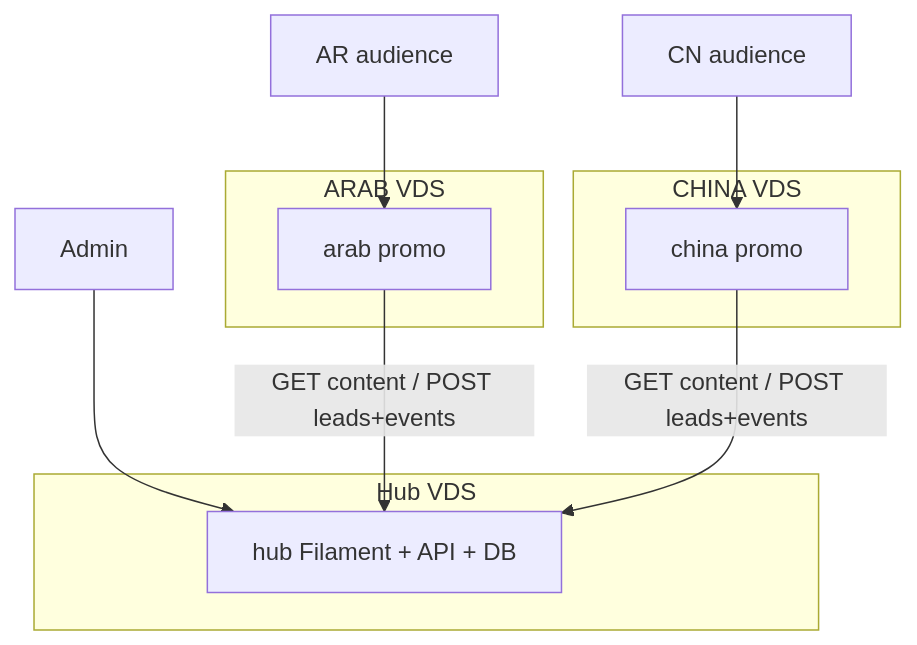
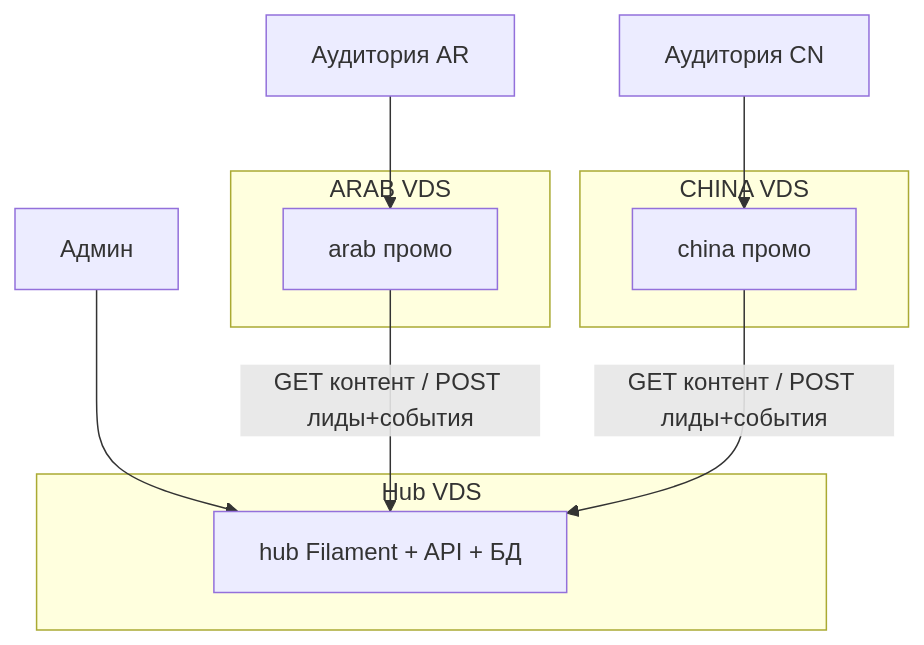
Before and after one commit to Kirill-B2019/gamimed-promo: the diagram in README.md, drawn with Mermaid. The commit also changed other lines of this file, not shown here.

````diff
--- a/README.md
+++ b/README.md
@@ -11,17 +11,17 @@
 ```mermaid
 flowchart TB
   subgraph hubVds [Hub VDS]
-    Hub["hub Filament + API + DB"]
+    Hub["hub Filament + API + БД"]
   end
   subgraph arabVds [ARAB VDS]
-    Arab["arab promo"]
+    Arab["arab промо"]
   end
   subgraph chinaVds [CHINA VDS]
-    China["china promo"]
+    China["china промо"]
   end
-  AdminUser["Admin"] --> Hub
-  UserArab["AR audience"] --> Arab
-  UserChina["CN audience"] --> China
-  Arab -->|"GET content / POST leads+events"| Hub
-  China -->|"GET content / POST leads+events"| Hub
+  AdminUser["Админ"] --> Hub
+  UserArab["Аудитория AR"] --> Arab
+  UserChina["Аудитория CN"] --> China
+  Arab -->|"GET контент / POST лиды+события"| Hub
+  China -->|"GET контент / POST лиды+события"| Hub
 ```
````
